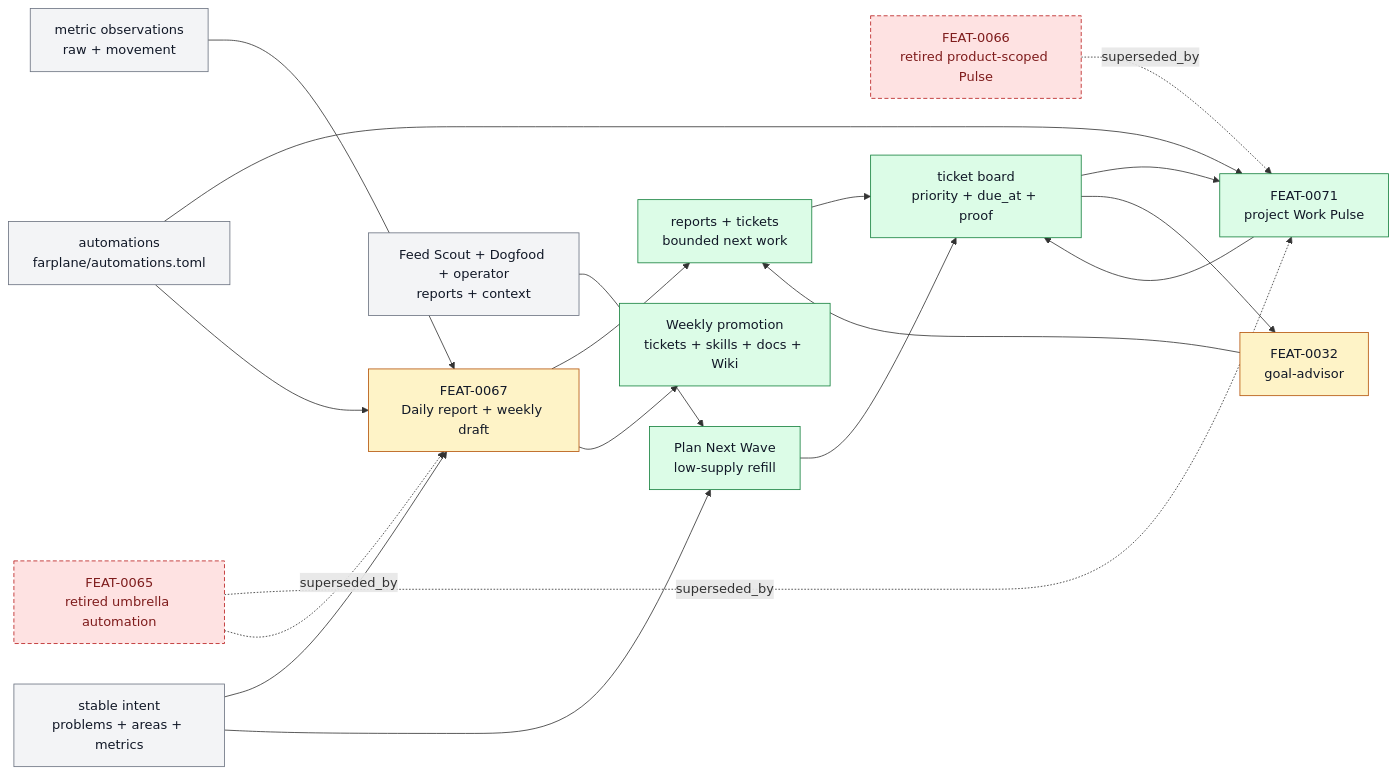
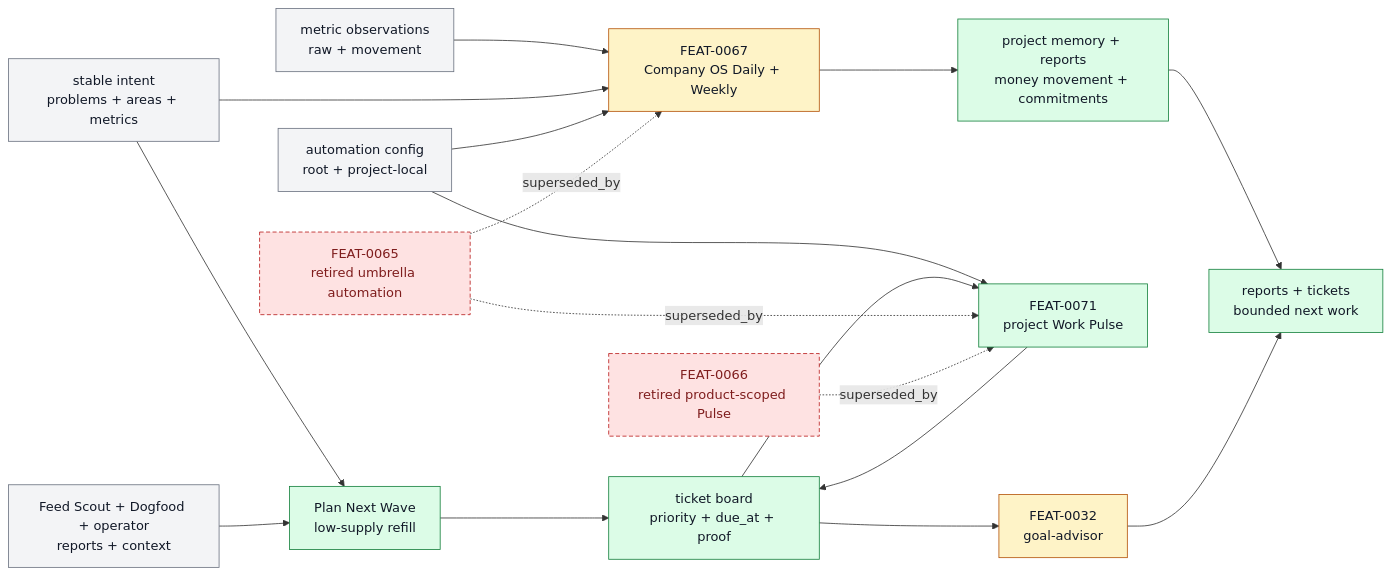
Before and after one commit to ZanarkandTechnologies/Farplane: the diagram in docs/systems/horizon-loop.md, drawn with Mermaid. The commit also changed other lines of this file and 114 other files, not shown here.

First line of the commit message:
Replace Interval with global Company OS reviews (#28)

````diff
--- a/docs/systems/horizon-loop.md
+++ b/docs/systems/horizon-loop.md
@@ -113,33 +112,32 @@
 ```mermaid
 flowchart LR
   classDef keep fill:#f3f4f6,stroke:#6b7280,color:#111827
   classDef changed fill:#fef3c7,stroke:#b45309,color:#111827
   classDef added fill:#dcfce7,stroke:#15803d,color:#111827
   classDef retired fill:#fee2e2,stroke:#b91c1c,color:#7f1d1d,stroke-dasharray: 5 3
 
   metrics["metric observations<br/>raw + movement"]:::keep
   intent["stable intent<br/>problems + areas + metrics"]:::keep
-  automations["automations<br/>farplane/automations.toml"]:::keep
+  automations["automation config<br/>root + project-local"]:::keep
   advisor["FEAT-0032<br/>goal-advisor"]:::changed
   pulse["FEAT-0071<br/>project Work Pulse"]:::added
-  interval["FEAT-0067<br/>Daily report + weekly draft"]:::changed
-  knowledge["Weekly promotion<br/>tickets + skills + docs + Wiki"]:::added
+  companyos["FEAT-0067<br/>Company OS Daily + Weekly"]:::changed
+  memory["project memory + reports<br/>money movement + commitments"]:::added
   sources["Feed Scout + Dogfood + operator<br/>reports + context"]:::keep
   old["FEAT-0065<br/>retired umbrella automation"]:::retired
   productPulse["FEAT-0066<br/>retired product-scoped Pulse"]:::retired
   planner["Plan Next Wave<br/>low-supply refill"]:::added
   board["ticket board<br/>priority + due_at + proof"]:::added
   outputs["reports + tickets<br/>bounded next work"]:::added
 
-  metrics --> interval --> outputs --> board
-  interval --> knowledge
-  intent --> interval
+  metrics --> companyos --> memory --> outputs
+  intent --> companyos
   intent --> planner
   automations --> pulse --> board
-  automations --> interval
+  automations --> companyos
   sources --> planner --> board --> pulse
   board --> advisor --> outputs
   old -. "superseded_by" .-> pulse
-  old -. "superseded_by" .-> interval
+  old -. "superseded_by" .-> companyos
   productPulse -. "superseded_by" .-> pulse
 ```
````
